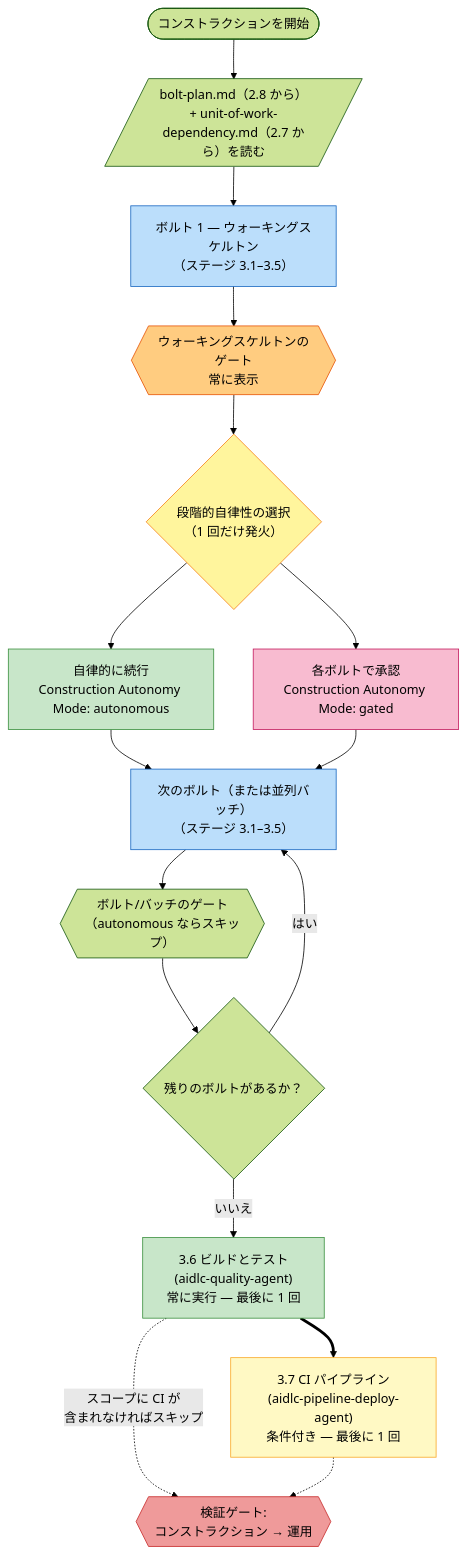
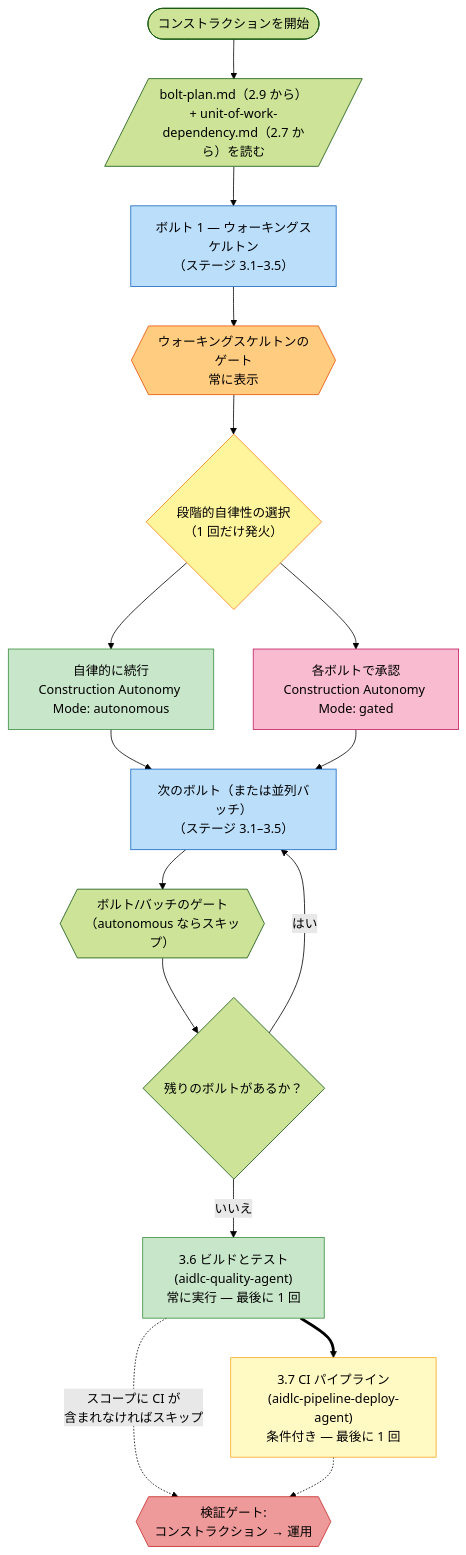
The fourth of 6 diagrams in docs/guide/04-phases-and-stages.mdx (otomatty/aidlc-workflows-docs), drawn with Mermaid (forest theme) before and after one commit. The commit also changed other lines of this file and 50 other files, not shown here.

````diff
--- a/docs/guide/04-phases-and-stages.mdx
+++ b/docs/guide/04-phases-and-stages.mdx
@@ -233,44 +238,44 @@
 ```mermaid
 flowchart TD
     START(["コンストラクションを開始"])
-    READ[/"bolt-plan.md（2.8 から）\n+ unit-of-work-dependency.md（2.7 から）を読む"/]
+    READ[/"bolt-plan.md（2.9 から）\n+ unit-of-work-dependency.md（2.7 から）を読む"/]
 
     BOLT1["ボルト 1 — ウォーキングスケルトン\n（ステージ 3.1–3.5）"]
     GATE1{{"ウォーキングスケルトンのゲート\n常に表示"}}
 
     LADDER{"段階的自律性の選択\n（1 回だけ発火）"}
     MODE_AUTO["自律的に続行\nConstruction Autonomy Mode: autonomous"]
     MODE_GATED["各ボルトで承認\nConstruction Autonomy Mode: gated"]
 
     NEXT_BATCH["次のボルト（または並列バッチ）\n（ステージ 3.1–3.5）"]
     GATE_N{{"ボルト/バッチのゲート\n（autonomous ならスキップ）"}}
 
     MORE{"残りのボルトがあるか？"}
 
     S36["3.6 ビルドとテスト\n(aidlc-quality-agent)\n常に実行 — 最後に 1 回"]
     S37["3.7 CI パイプライン\n(aidlc-pipeline-deploy-agent)\n条件付き — 最後に 1 回"]
     VG3{{"検証ゲート:\nコンストラクション → 運用"}}
 
     START --> READ --> BOLT1 --> GATE1 --> LADDER
     LADDER --> MODE_AUTO
     LADDER --> MODE_GATED
     MODE_AUTO --> NEXT_BATCH
     MODE_GATED --> NEXT_BATCH
     NEXT_BATCH --> GATE_N
     GATE_N --> MORE
     MORE -->|"はい"| NEXT_BATCH
     MORE -->|"いいえ"| S36
     S36 ==> S37
     S36 -.->|"スコープに CI が\n含まれなければスキップ"| VG3
     S37 -.-> VG3
 
     style BOLT1 fill:#bbdefb,stroke:#1565c0
     style GATE1 fill:#ffcc80,stroke:#e65100
     style LADDER fill:#fff59d,stroke:#f57f17
     style MODE_AUTO fill:#c8e6c9,stroke:#388e3c
     style MODE_GATED fill:#f8bbd0,stroke:#c2185b
     style NEXT_BATCH fill:#bbdefb,stroke:#1565c0
     style S36 fill:#c8e6c9,stroke:#388e3c
     style S37 fill:#fff9c4,stroke:#f9a825
     style VG3 fill:#ef9a9a,stroke:#c62828
 ```
````
